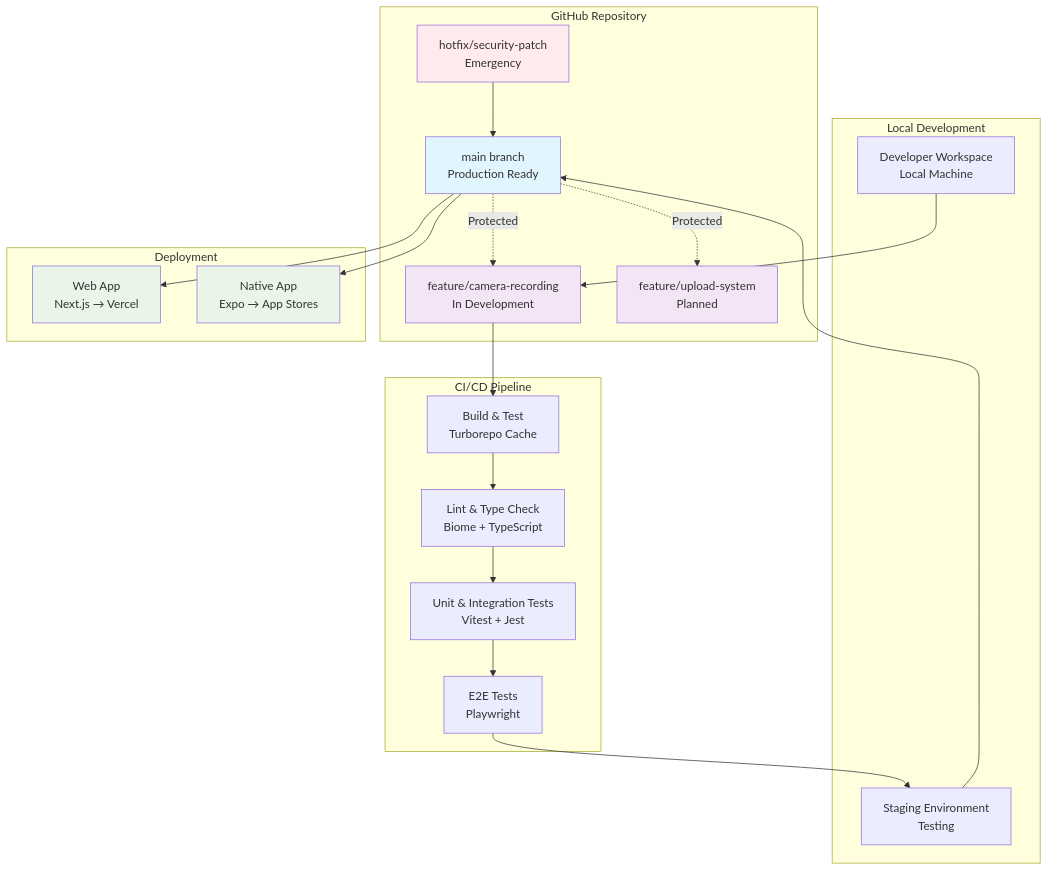
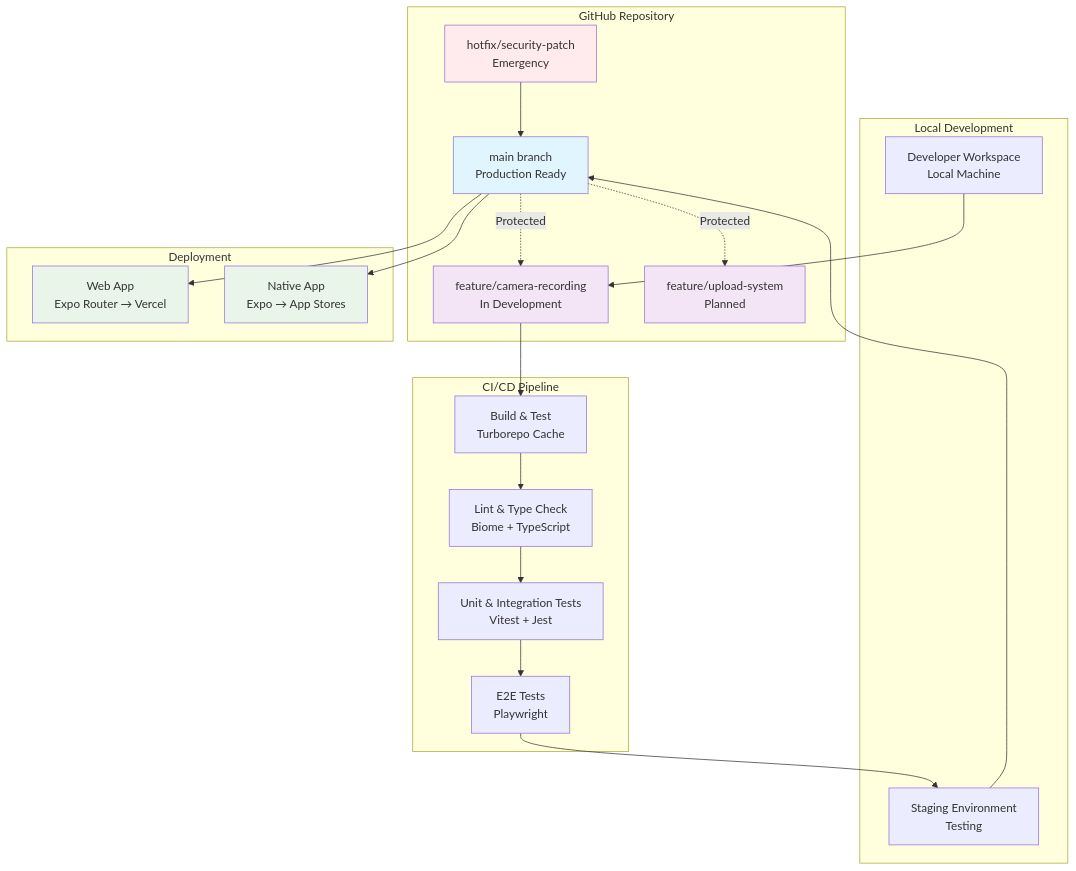
Before and after one commit to JohnSchweden/sololevel: the diagram in docs/spec/github/github-architecture-basic.mermaid, drawn with Mermaid. The commit also changed 117 other files, not shown here.

First line of the commit message:
feat(web): migrate from Next.js to Expo Router web app

```diff
--- a/docs/spec/github/github-architecture-basic.mermaid
+++ b/docs/spec/github/github-architecture-basic.mermaid
@@ -1,54 +1,54 @@
 graph TB
     subgraph "GitHub Repository"
         MAIN[main branch<br/>Production Ready]
         FEATURE1[feature/camera-recording<br/>In Development]
         FEATURE2[feature/upload-system<br/>Planned]
         HOTFIX[hotfix/security-patch<br/>Emergency]
     end
     
     subgraph "Local Development"
         DEV[Developer Workspace<br/>Local Machine]
         STAGING[Staging Environment<br/>Testing]
     end
     
     subgraph "CI/CD Pipeline"
         BUILD[Build & Test<br/>Turborepo Cache]
         LINT[Lint & Type Check<br/>Biome + TypeScript]
         TEST[Unit & Integration Tests<br/>Vitest + Jest]
         E2E[E2E Tests<br/>Playwright]
     end
     
     subgraph "Deployment"
-        WEB[Web App<br/>Next.js → Vercel]
+        WEB[Web App<br/>Expo Router → Vercel]
         NATIVE[Native App<br/>Expo → App Stores]
     end
     
     %% Development Flow
     DEV --> FEATURE1
     FEATURE1 --> BUILD
     BUILD --> LINT
     LINT --> TEST
     TEST --> E2E
     E2E --> STAGING
     
     %% Merge Flow
     STAGING --> MAIN
     MAIN --> WEB
     MAIN --> NATIVE
     
     %% Emergency Flow
     HOTFIX --> MAIN
     
     %% Branch Protection
     MAIN -.->|Protected| FEATURE1
     MAIN -.->|Protected| FEATURE2
     
     classDef mainBranch fill:#e1f5fe
     classDef featureBranch fill:#f3e5f5
     classDef hotfixBranch fill:#ffebee
     classDef deployment fill:#e8f5e8
     
     class MAIN mainBranch
     class FEATURE1,FEATURE2 featureBranch
     class HOTFIX hotfixBranch
     class WEB,NATIVE deployment
```
